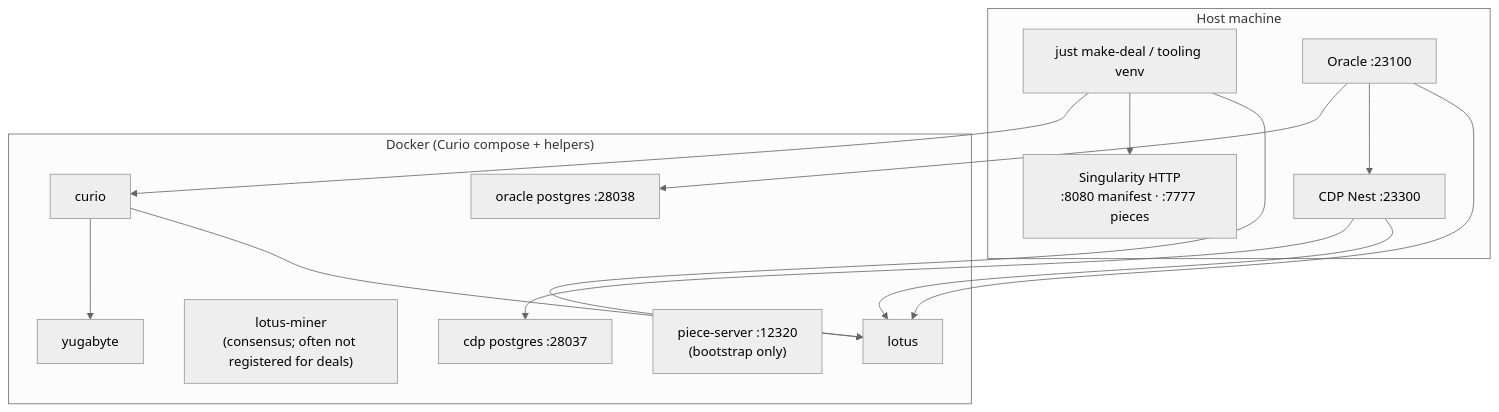
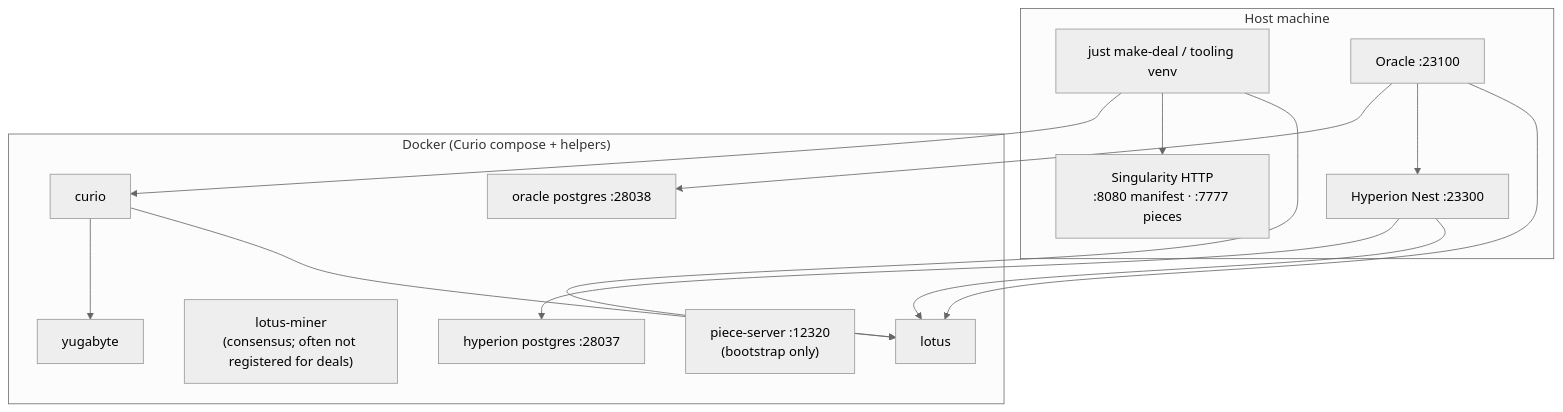
Diagram 11 of 12 in ARCHITECTURE.md (fidlabs/FCSS-devnet), drawn with Mermaid (neutral theme) before and after one commit. The commit also changed other lines of this file and 34 other files, not shown here.

First line of the commit message:
Replace CDP with Hyperion as the local PoRep indexer.

````diff
--- a/ARCHITECTURE.md
+++ b/ARCHITECTURE.md
@@ -611,30 +611,30 @@
 ```mermaid
 flowchart TB
   subgraph Host["Host machine"]
     MakeDeal["just make-deal / tooling venv"]
     SingHTTP["Singularity HTTP<br/>:8080 manifest · :7777 pieces"]
-    CDPNest["CDP Nest :23300"]
+    HyperionNest["Hyperion Nest :23300"]
     OracleHTTP["Oracle :23100"]
   end
 
   subgraph Docker["Docker (Curio compose + helpers)"]
     LotusC["lotus"]
     LotusMiner["lotus-miner<br/>(consensus; often not registered for deals)"]
     CurioC["curio"]
     YB["yugabyte"]
     PieceSrv["piece-server :12320<br/>(bootstrap only)"]
     OraclePG["oracle postgres :28038"]
-    CDPPG["cdp postgres :28037"]
+    HyperionPG["hyperion postgres :28037"]
   end
 
   MakeDeal --> LotusC
   MakeDeal --> SingHTTP
   MakeDeal --> CurioC
-  CDPNest --> LotusC
-  CDPNest --> CDPPG
+  HyperionNest --> LotusC
+  HyperionNest --> HyperionPG
   OracleHTTP --> LotusC
-  OracleHTTP --> CDPNest
+  OracleHTTP --> HyperionNest
   OracleHTTP --> OraclePG
   CurioC --> LotusC
   CurioC --> YB
 ```
````
